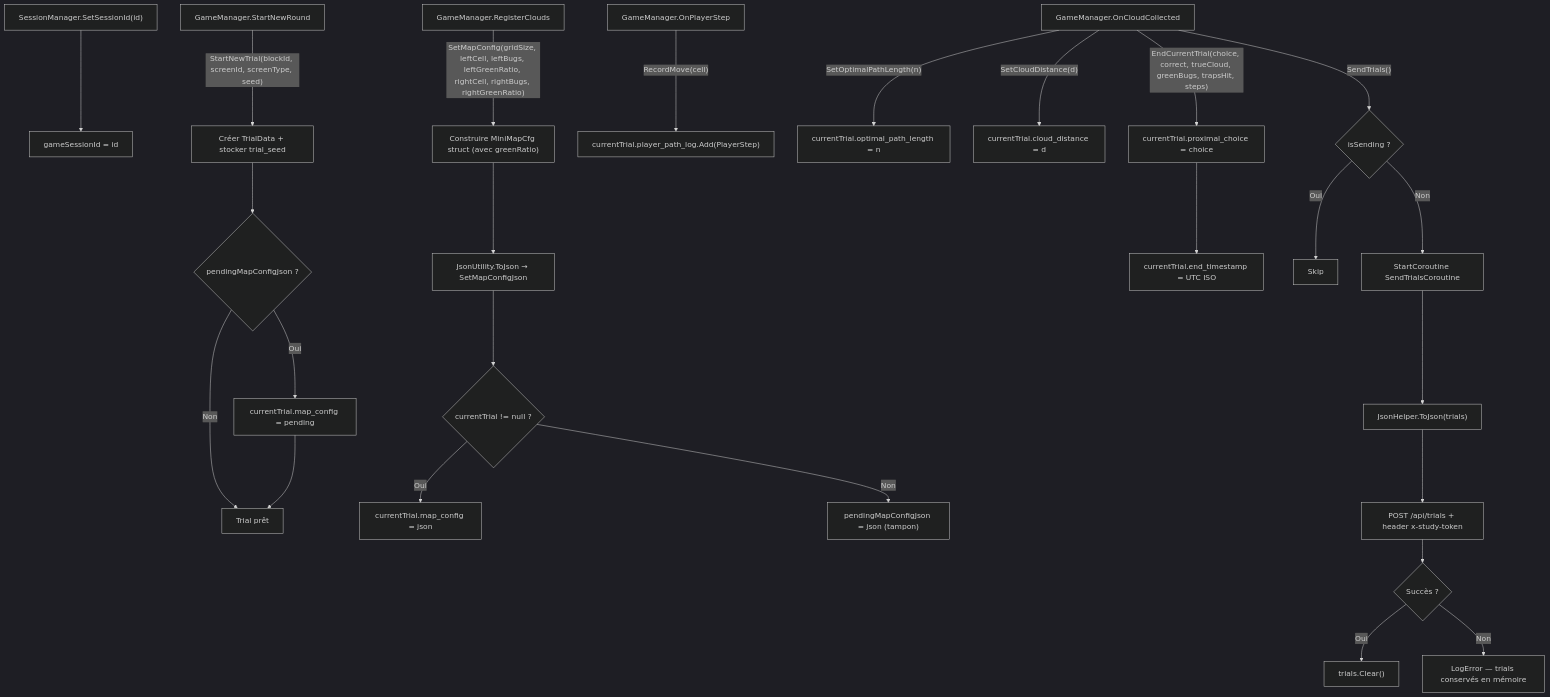
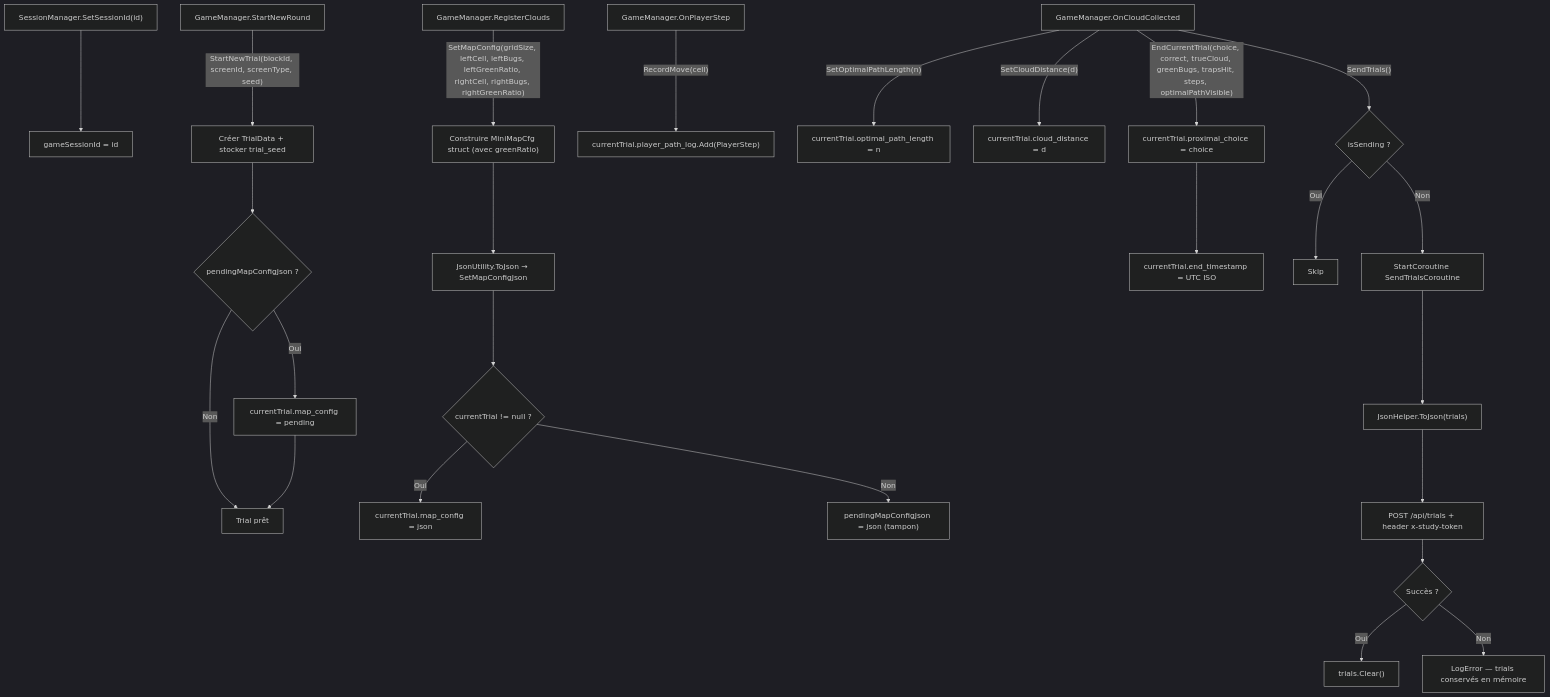
One commit to PierreChagnon/BUGS changed the tenth of 13 diagrams in Docs/TDD.md. Above: the diagram before and after it, drawn with Mermaid (dark theme). The commit also changed other lines of this file and 5 other files, not shown here.

````diff
--- a/Docs/TDD.md
+++ b/Docs/TDD.md
@@ -1314,32 +1319,32 @@
 ```mermaid
 graph TD
     A["SessionManager.SetSessionId(id)"] --> B["gameSessionId = id"]
 
     C["GameManager.StartNewRound"] -->|"StartNewTrial(blockId, screenId, screenType, seed)"| D["Créer TrialData + stocker trial_seed"]
     D --> E{pendingMapConfigJson ?}
     E -->|Oui| F["currentTrial.map_config = pending"]
     E -->|Non| G[Trial prêt]
     F --> G
 
     H["GameManager.RegisterClouds"] -->|"SetMapConfig(gridSize, leftCell, leftBugs, leftGreenRatio, rightCell, rightBugs, rightGreenRatio)"| H1["Construire MiniMapCfg struct (avec greenRatio)"]
     H1 --> H2["JsonUtility.ToJson → SetMapConfigJson"]
     H2 --> I{currentTrial != null ?}
     I -->|Oui| J["currentTrial.map_config = json"]
     I -->|Non| K["pendingMapConfigJson = json (tampon)"]
 
     L["GameManager.OnPlayerStep"] -->|"RecordMove(cell)"| M["currentTrial.player_path_log.Add(PlayerStep)"]
 
     N["GameManager.OnCloudCollected"] -->|"SetOptimalPathLength(n)"| O["currentTrial.optimal_path_length = n"]
     N -->|"SetCloudDistance(d)"| O2["currentTrial.cloud_distance = d"]
-    N -->|"EndCurrentTrial(choice, correct, trueCloud, greenBugs, trapsHit, steps)"| P["currentTrial.proximal_choice = choice"]
+    N -->|"EndCurrentTrial(choice, correct, trueCloud, greenBugs, trapsHit, steps, optimalPathVisible)"| P["currentTrial.proximal_choice = choice"]
     P --> Q["currentTrial.end_timestamp = UTC ISO"]
 
     N -->|"SendTrials()"| R{isSending ?}
     R -->|Oui| S[Skip]
     R -->|Non| T["StartCoroutine SendTrialsCoroutine"]
     T --> U["JsonHelper.ToJson(trials)"]
     U --> V["POST /api/trials + header x-study-token"]
     V --> W{Succès ?}
     W -->|Oui| X["trials.Clear()"]
     W -->|Non| Y["LogError — trials conservés en mémoire"]
 ```
````
